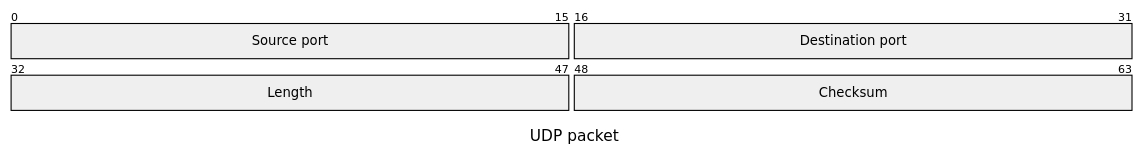
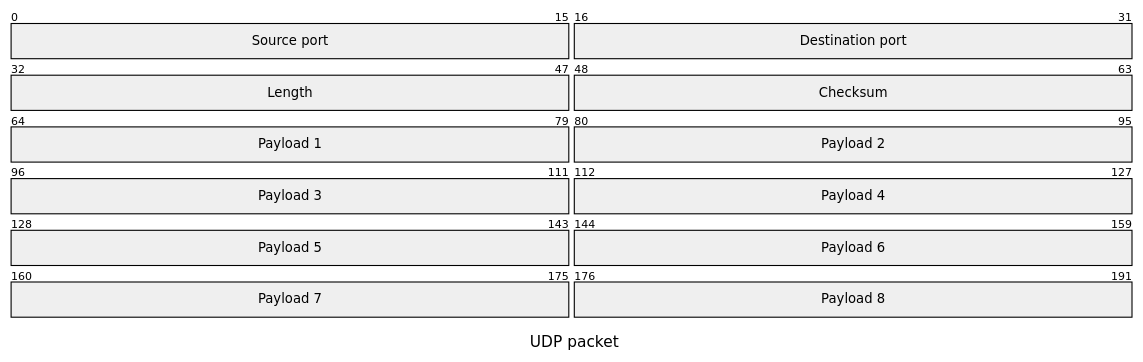
Before and after one commit to szpak-dev/mermaiden: the diagram in docs/contracts/configuration-rendering/sources/packet.mmd, drawn with Mermaid. The commit also changed 107 other files, not shown here.

```diff
--- a/docs/contracts/configuration-rendering/sources/packet.mmd
+++ b/docs/contracts/configuration-rendering/sources/packet.mmd
@@ -1,11 +1,19 @@
 ---
 config:
   wrap: true
-  packet: {"useWidth": 0.0, "useMaxWidth": true, "rowHeight": 32.0, "bitWidth": 32.0, "bitsPerRow": 32.0, "showBits": true, "paddingX": 5.0, "paddingY": 5.0}
+  packet: {"useWidth": 960.0, "useMaxWidth": true, "rowHeight": 32.0, "bitWidth": 32.0, "bitsPerRow": 32, "showBits": true, "paddingX": 5.0, "paddingY": 5.0}
 ---
 packet
 title UDP packet
 +16: "Source port"
 +16: "Destination port"
 32-47: "Length"
 48-63: "Checksum"
+64-79: "Payload 1"
+80-95: "Payload 2"
+96-111: "Payload 3"
+112-127: "Payload 4"
+128-143: "Payload 5"
+144-159: "Payload 6"
+160-175: "Payload 7"
+176-191: "Payload 8"
```
